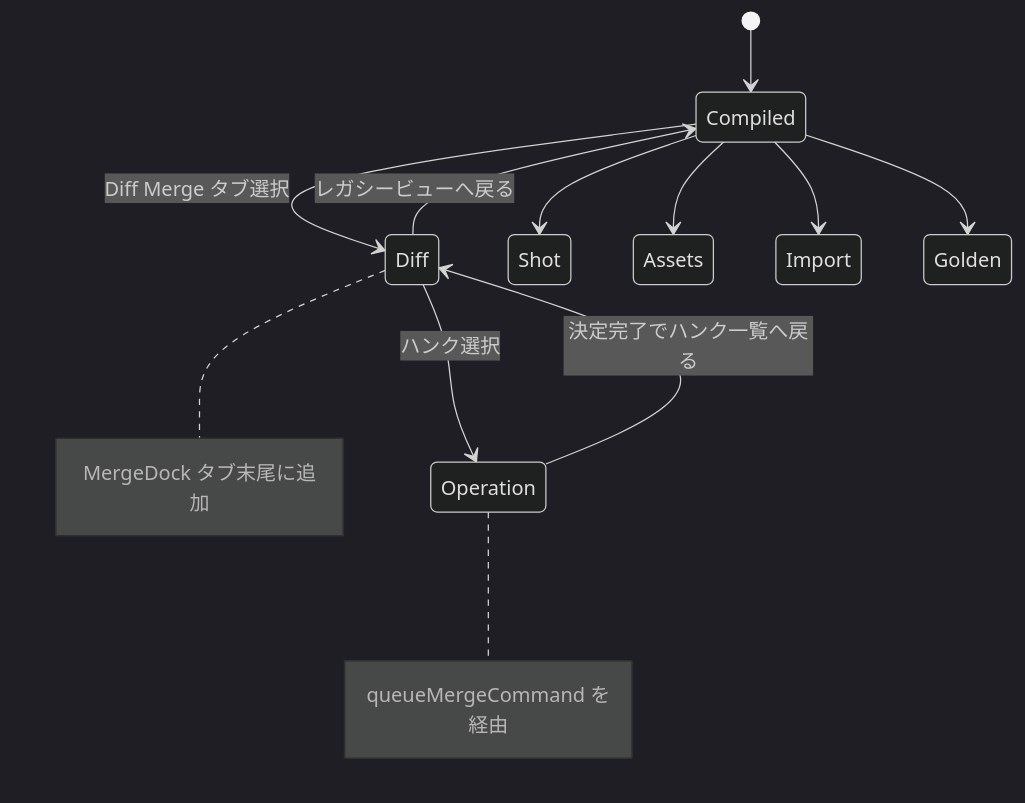
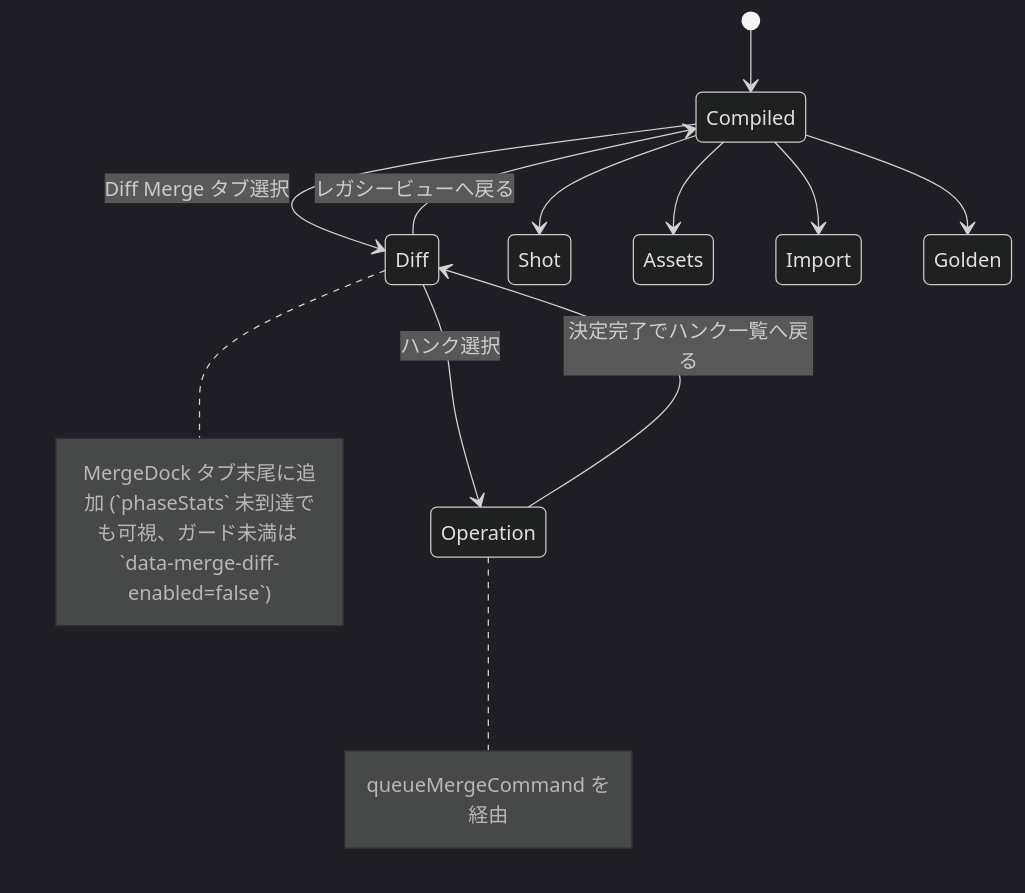
The third of 12 diagrams in docs/IMPLEMENTATION-PLAN.md (RNA4219/Conimgponic), drawn with Mermaid (dark theme) before and after one commit. The commit also changed other lines of this file and 5 other files, not shown here.

Commit message:
Expose guarded Diff tab for merge precision

````diff
--- a/docs/IMPLEMENTATION-PLAN.md
+++ b/docs/IMPLEMENTATION-PLAN.md
@@ -123,14 +123,14 @@
 ```mermaid
 stateDiagram-v2
     [*] --> Compiled
     Compiled --> Diff: Diff Merge タブ選択
     Compiled --> Shot
     Compiled --> Assets
     Compiled --> Import
     Compiled --> Golden
     Diff --> Compiled: レガシービューへ戻る
     Diff --> Operation: ハンク選択
     Operation --> Diff: 決定完了でハンク一覧へ戻る
-    note right of Diff: MergeDock タブ末尾に追加
+    note right of Diff: MergeDock タブ末尾に追加 (`phaseStats` 未到達でも可視、ガード未満は `data-merge-diff-enabled=false`)
     note right of Operation: queueMergeCommand を経由
 ```
````
